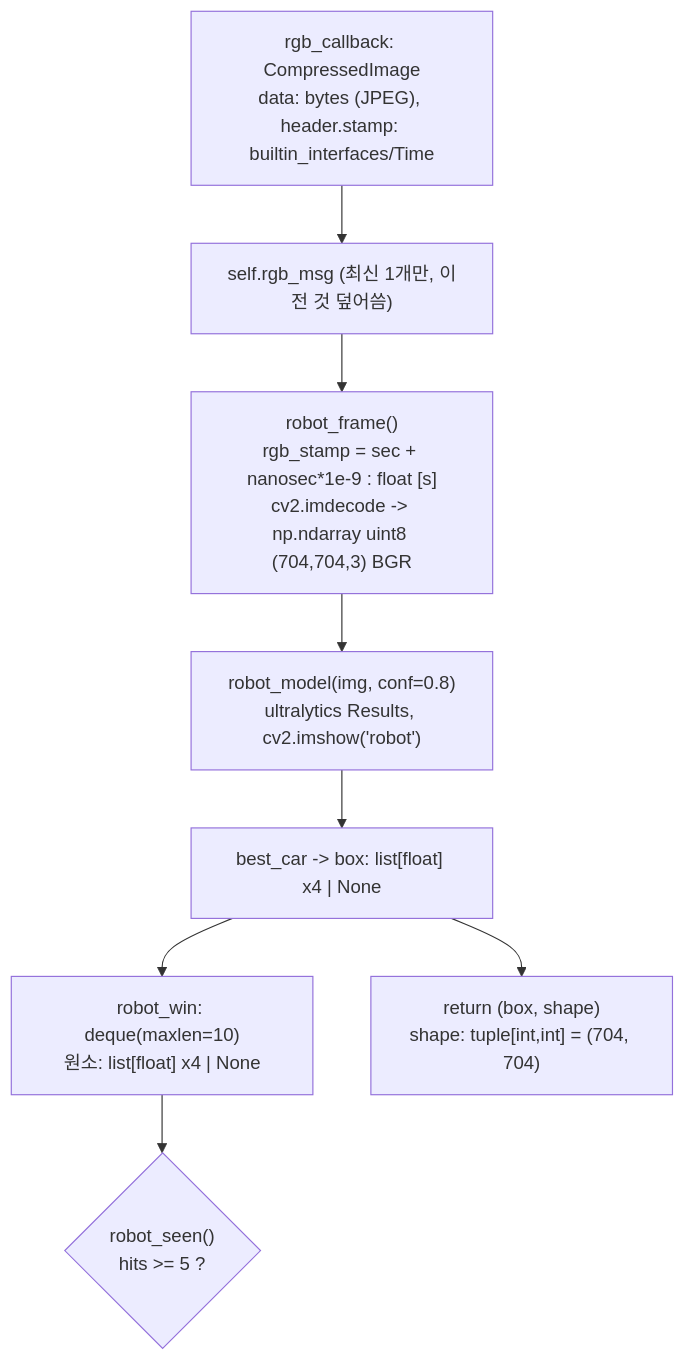
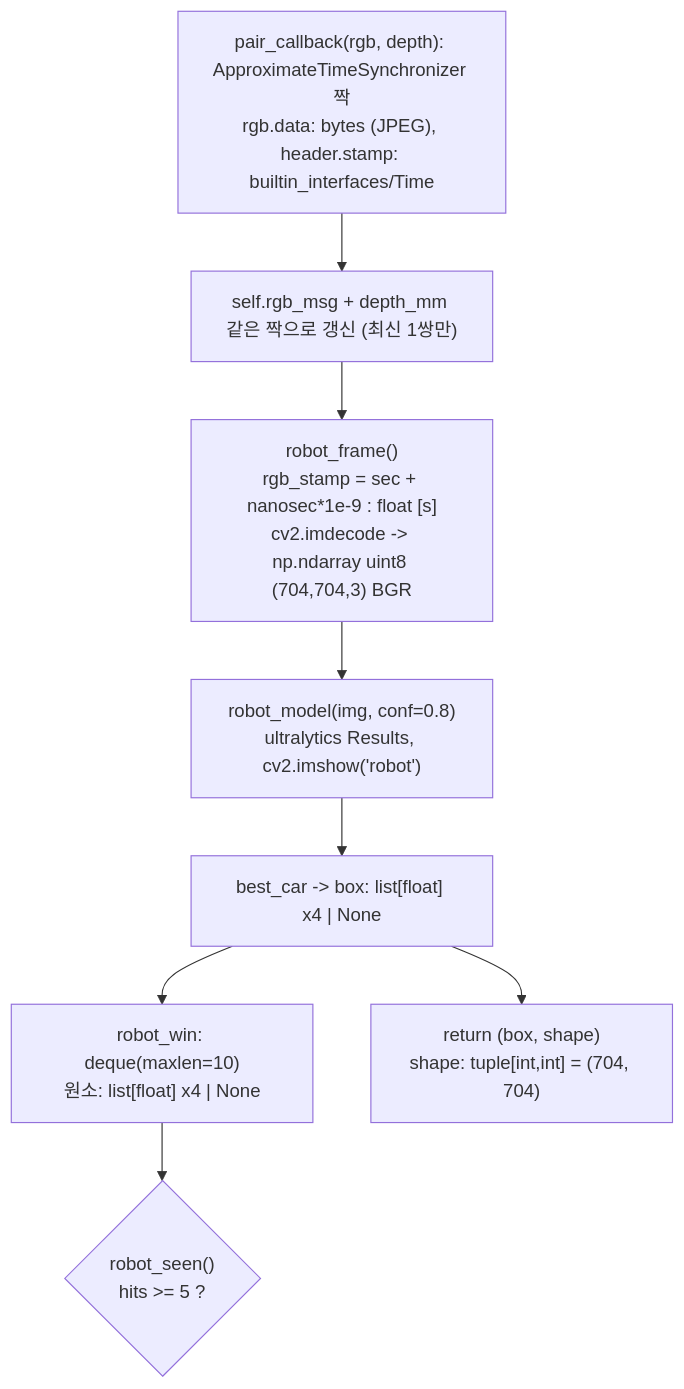
The fourth of 7 diagrams in docs/architecture.md (choicsh/cobot4_ws_miniproject), drawn with Mermaid before and after one commit. The commit also changed other lines of this file and 2 other files, not shown here.

First line of the commit message:
perf(mission): rgb-depth를 ApproximateTimeSynchronizer로 짝지어 처리

````diff
--- a/docs/architecture.md
+++ b/docs/architecture.md
@@ -135,10 +136,10 @@
 ```mermaid
 flowchart TD
-    A["rgb_callback: CompressedImage<br/>data: bytes (JPEG), header.stamp: builtin_interfaces/Time"] --> B["self.rgb_msg (최신 1개만, 이전 것 덮어씀)"]
+    A["pair_callback(rgb, depth): ApproximateTimeSynchronizer 짝<br/>rgb.data: bytes (JPEG), header.stamp: builtin_interfaces/Time"] --> B["self.rgb_msg + depth_mm 같은 짝으로 갱신 (최신 1쌍만)"]
     B --> C["robot_frame()<br/>rgb_stamp = sec + nanosec*1e-9 : float [s]<br/>cv2.imdecode -> np.ndarray uint8 (704,704,3) BGR"]
     C --> D["robot_model(img, conf=0.8)<br/>ultralytics Results, cv2.imshow('robot')"]
     D --> E["best_car -> box: list[float] x4 | None"]
     E --> F["robot_win: deque(maxlen=10)<br/>원소: list[float] x4 | None"]
     E --> G["return (box, shape)<br/>shape: tuple[int,int] = (704, 704)"]
     F --> H{"robot_seen()<br/>hits >= 5 ?"}
 ```
````
